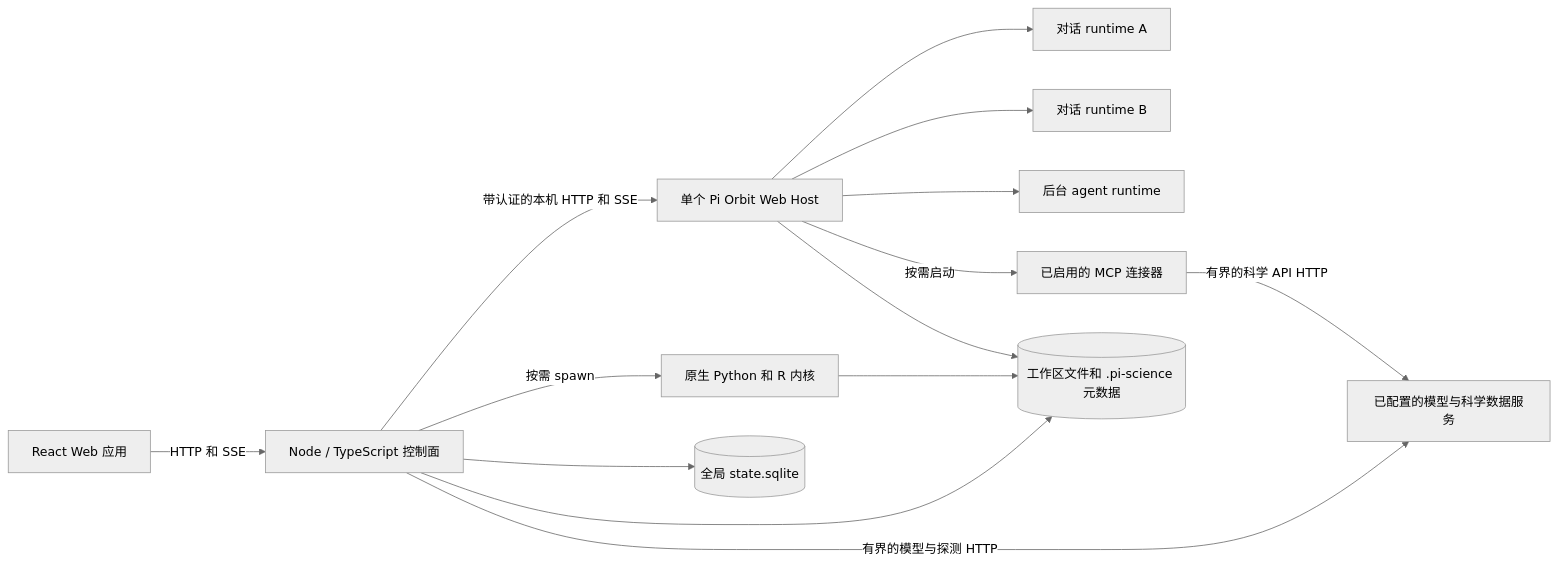
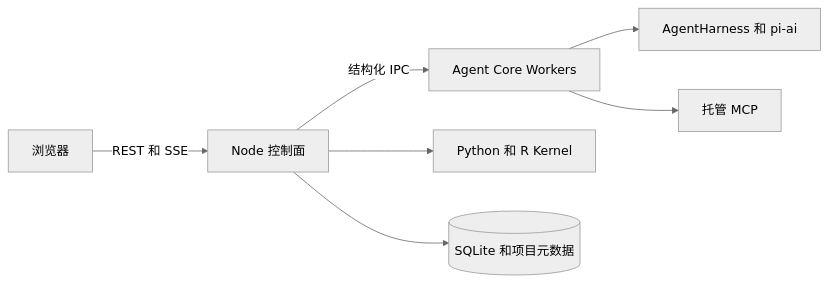
Before and after one commit to Garhorne0813/pi-science: the first of 3 diagrams in docs/architecture.zh-CN.md, drawn with Mermaid (neutral theme). The commit also changed other lines of this file and 84 other files, not shown here.

Commit message:
Retire Pi Orbit and migrate legacy sessions to Agent Core

````diff
--- a/docs/architecture.zh-CN.md
+++ b/docs/architecture.zh-CN.md
@@ -10,16 +10,9 @@
 ```mermaid
 flowchart LR
-    UI[React Web 应用] -->|HTTP 和 SSE| CP[Node / TypeScript 控制面]
-    CP -->|带认证的本机 HTTP 和 SSE| PH[单个 Pi Orbit Web Host]
-    PH --> R1[对话 runtime A]
-    PH --> R2[对话 runtime B]
-    PH --> RN[后台 agent runtime]
-    PH -->|按需启动| MCP[已启用的 MCP 连接器]
-    CP -->|按需 spawn| K[原生 Python 和 R 内核]
-    CP --> DB[(全局 state.sqlite)]
-    CP --> WS[(工作区文件和 .pi-science 元数据)]
-    CP -->|有界的模型与探测 HTTP| EXT[已配置的模型与科学数据服务]
-    MCP -->|有界的科学 API HTTP| EXT
-    PH --> WS
-    K --> WS
+    UI[浏览器] -->|REST 和 SSE| CP[Node 控制面]
+    CP -->|结构化 IPC| W[Agent Core Workers]
+    W --> SDK[AgentHarness 和 pi-ai]
+    W --> MCP[托管 MCP]
+    CP --> K[Python 和 R Kernel]
+    CP --> DB[(SQLite 和项目元数据)]
 ```
````
